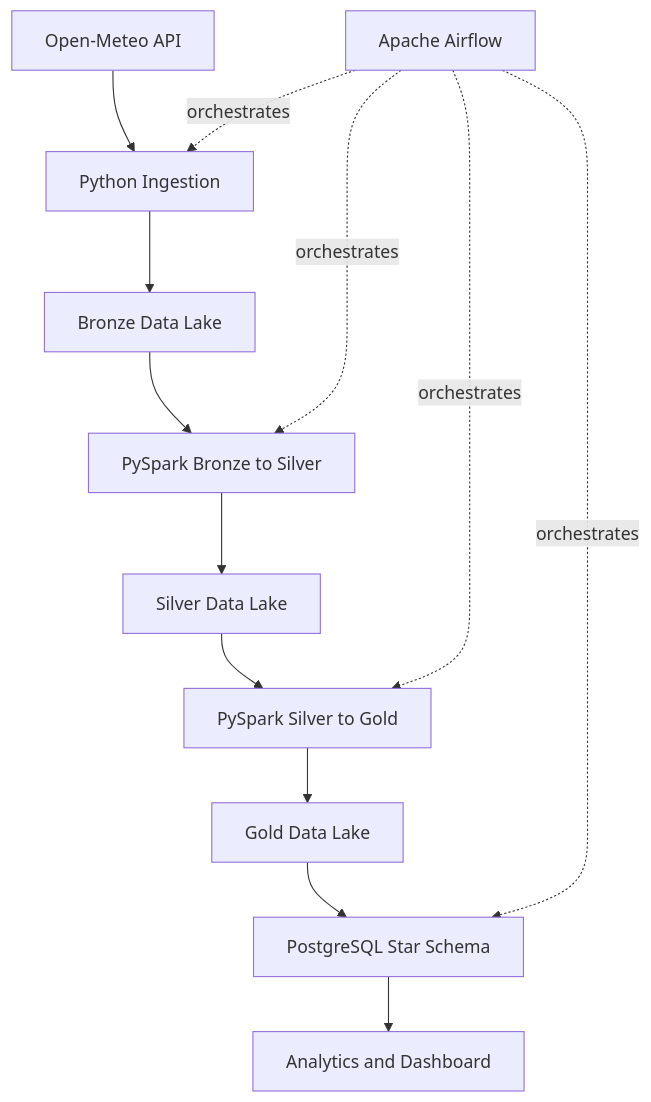
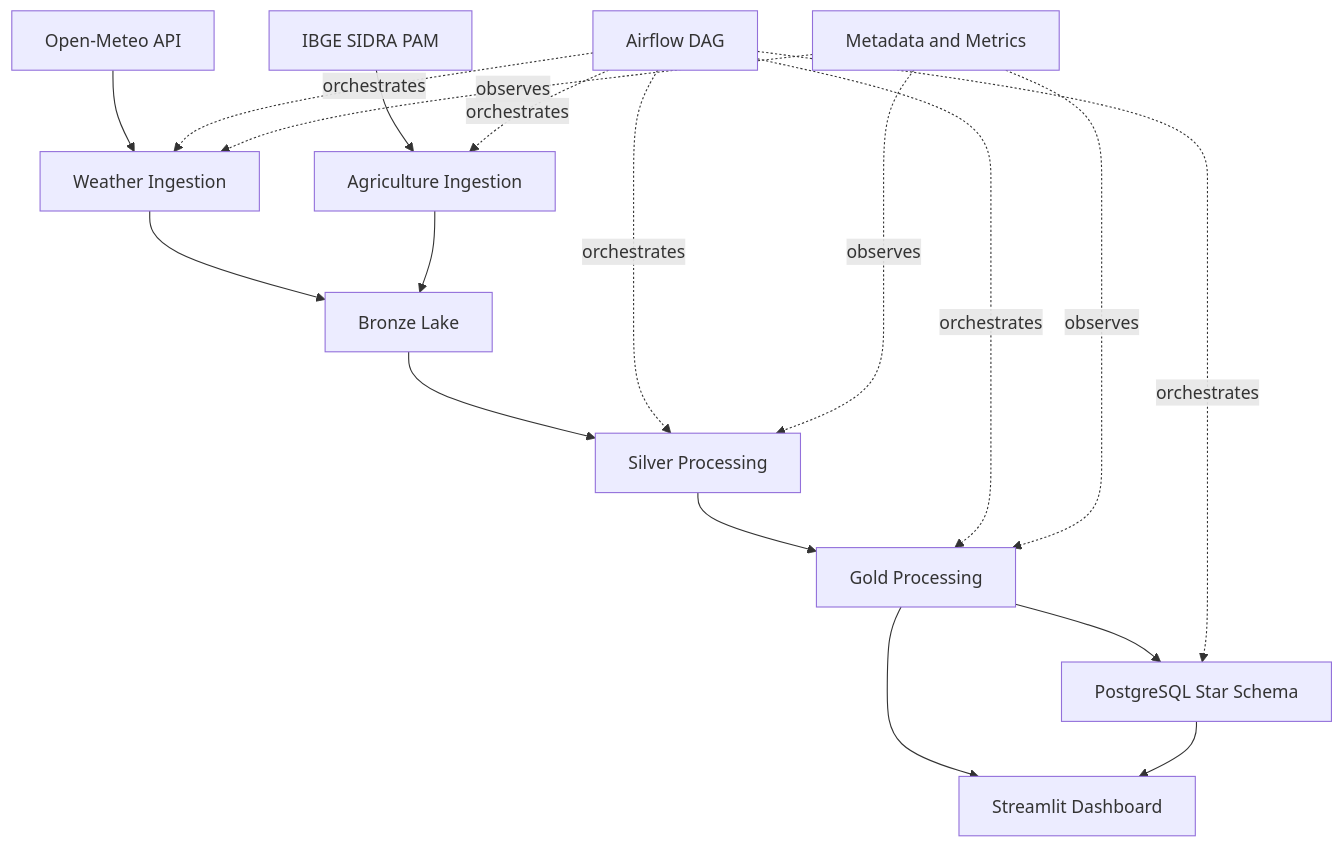
One commit to Wwerneck/AgroClimate changed the diagram in README.md. Above: the diagram before and after it, drawn with Mermaid. The commit also changed other lines of this file, not shown here.

````diff
--- a/README.md
+++ b/README.md
@@ -7,15 +23,20 @@
 ```mermaid
 flowchart TD
-    A[Open-Meteo API] --> B[Python Ingestion]
-    B --> C[Bronze Data Lake]
-    C --> D[PySpark Bronze to Silver]
-    D --> E[Silver Data Lake]
-    E --> F[PySpark Silver to Gold]
-    F --> G[Gold Data Lake]
+    A[Open-Meteo API] --> B[Weather Ingestion]
+    C[IBGE SIDRA PAM] --> D[Agriculture Ingestion]
+    B --> E[Bronze Lake]
+    D --> E
+    E --> F[Silver Processing]
+    F --> G[Gold Processing]
     G --> H[PostgreSQL Star Schema]
-    H --> I[Analytics and Dashboard]
-    J[Apache Airflow] -. orchestrates .-> B
+    G --> I[Streamlit Dashboard]
+    H --> I
+    J[Airflow DAG] -. orchestrates .-> B
     J -. orchestrates .-> D
     J -. orchestrates .-> F
+    J -. orchestrates .-> G
     J -. orchestrates .-> H
+    K[Metadata and Metrics] -. observes .-> B
+    K -. observes .-> F
+    K -. observes .-> G
 ```
````
